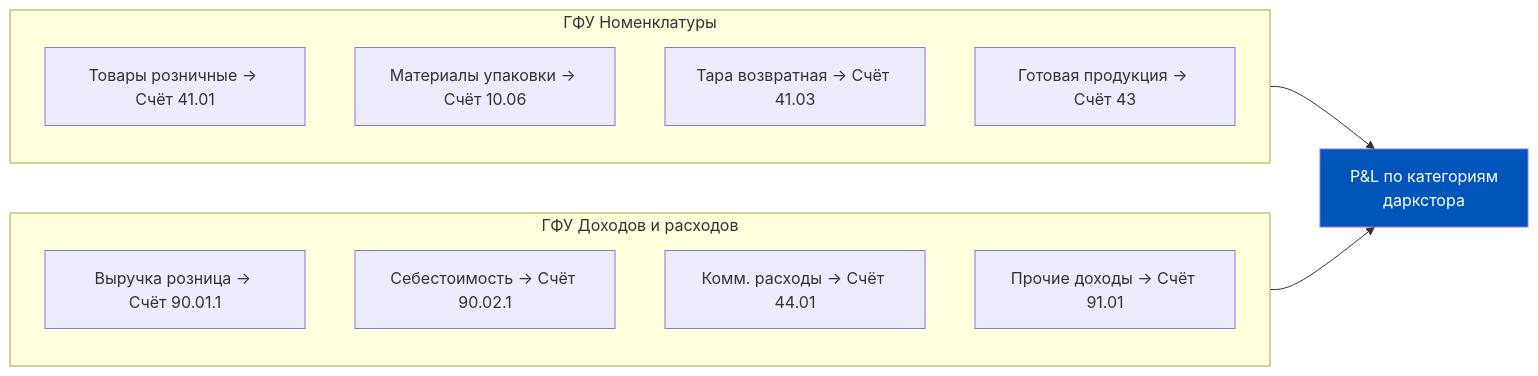
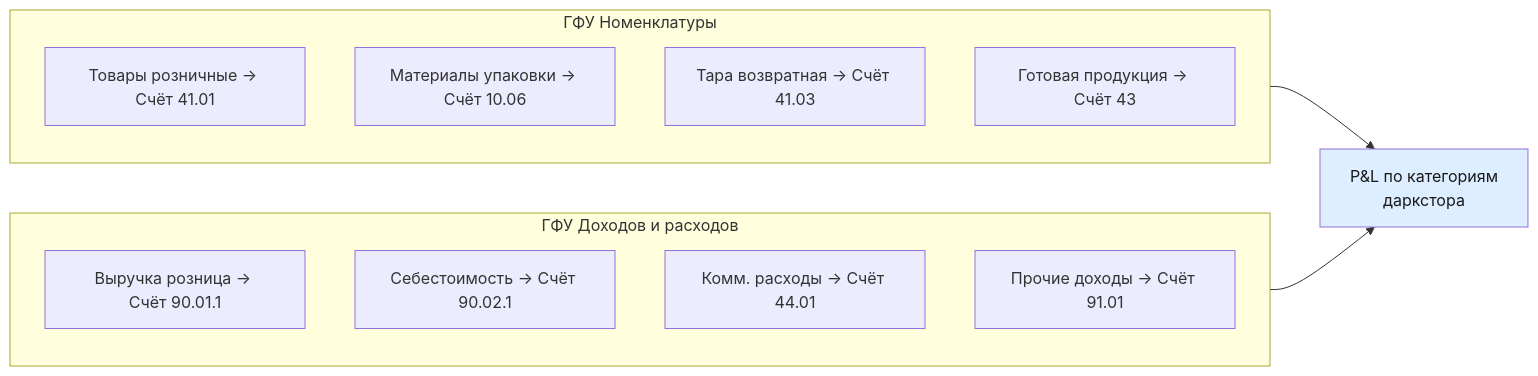
The second of 5 diagrams in content/1c-erp/week_2/Неделя 2 - День 2 - ГФУ.md (murad1986/1c-erp-quartz), drawn with Mermaid before and after one commit. The commit also changed other lines of this file and 57 other files, not shown here.

First line of the commit message:
fix: Mermaid — пастельные цвета в источниках диаграмм (56 файлов)

````diff
--- a/content/1c-erp/week_2/Неделя 2 - День 2 - ГФУ.md
+++ b/content/1c-erp/week_2/Неделя 2 - День 2 - ГФУ.md
@@ -113,23 +113,23 @@
 ```mermaid
 flowchart LR
     subgraph NOMEN["ГФУ Номенклатуры"]
         GN1["Товары розничные → Счёт 41.01"]
         GN2["Материалы упаковки → Счёт 10.06"]
         GN3["Тара возвратная → Счёт 41.03"]
         GN4["Готовая продукция → Счёт 43"]
     end
 
     subgraph DOXR["ГФУ Доходов и расходов"]
         GD1["Выручка розница → Счёт 90.01.1"]
         GD2["Себестоимость → Счёт 90.02.1"]
         GD3["Комм. расходы → Счёт 44.01"]
         GD4["Прочие доходы → Счёт 91.01"]
     end
 
     PL["P&L по категориям<br/>даркстора"]
 
     NOMEN --> PL
     DOXR --> PL
 
-    style PL fill:#0055BB,color:#fff
+    style PL fill:#dceeff,color:#1a1a1a
 ```
````
